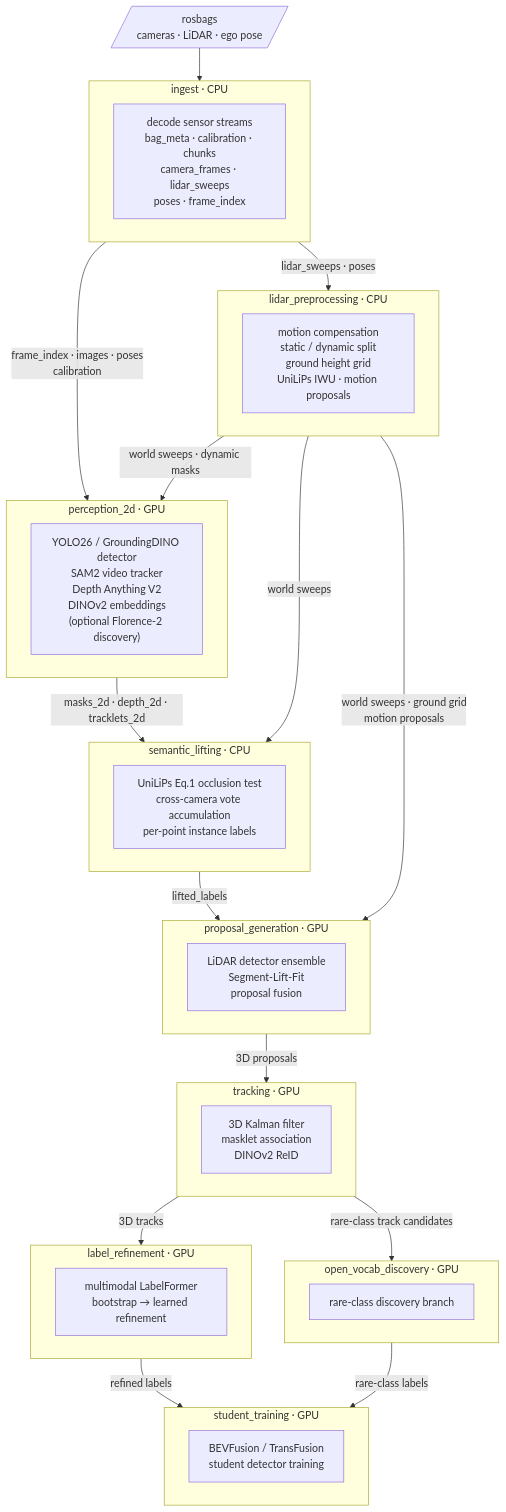
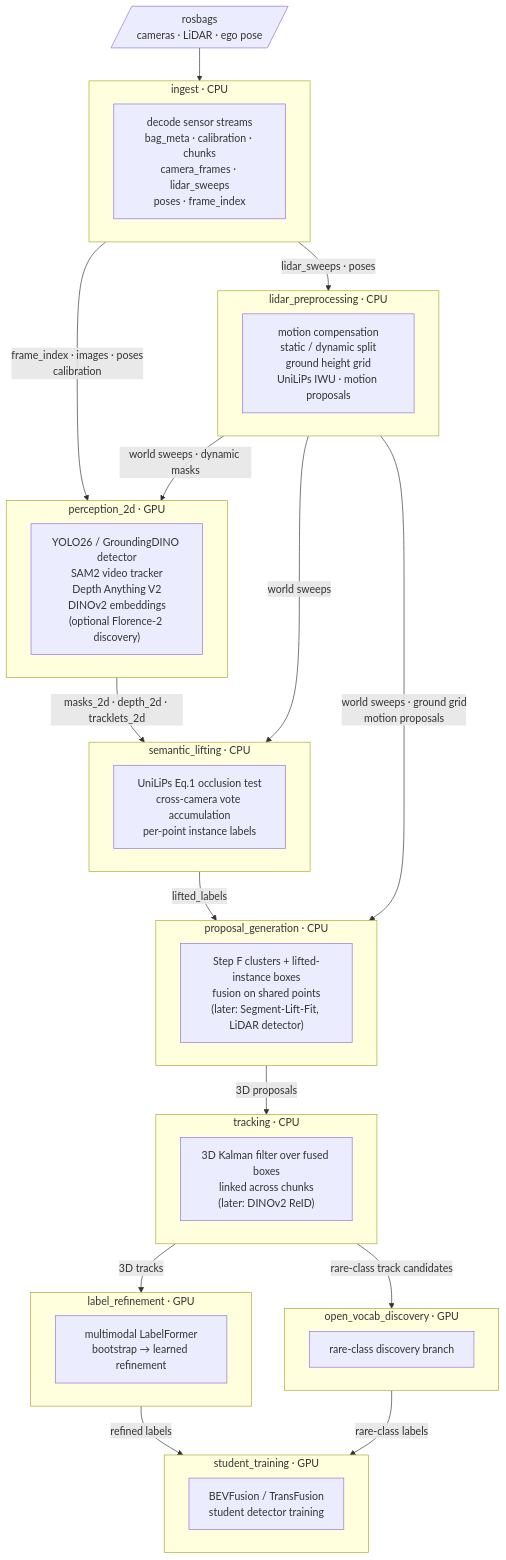
One commit to WATonomous/wato_world changed the diagram in README.md. Above: the diagram before and after it, drawn with Mermaid. The commit also changed other lines of this file and 208 other files, not shown here.

First line of the commit message:
Brian/proposal generation (#37)

````diff
--- a/README.md
+++ b/README.md
@@ -10,54 +10,54 @@
 ```mermaid
 flowchart TD
     BAG[/"rosbags\ncameras · LiDAR · ego pose"/]
 
     subgraph ingest["ingest  ·  CPU"]
         I["decode sensor streams\nbag_meta · calibration · chunks\ncamera_frames · lidar_sweeps\nposes · frame_index"]
     end
 
     subgraph lidar_prep["lidar_preprocessing  ·  CPU"]
         LP["motion compensation\nstatic / dynamic split\nground height grid\nUniLiPs IWU · motion proposals"]
     end
 
     subgraph perception_2d["perception_2d  ·  GPU"]
         P2["YOLO26 / GroundingDINO detector\nSAM2 video tracker\nDepth Anything V2\nDINOv2 embeddings\n(optional Florence-2 discovery)"]
     end
 
     subgraph semantic_lifting["semantic_lifting  ·  CPU"]
         SL["UniLiPs Eq.1 occlusion test\ncross-camera vote accumulation\nper-point instance labels"]
     end
 
-    subgraph proposal_gen["proposal_generation  ·  GPU"]
-        PG["LiDAR detector ensemble\nSegment-Lift-Fit\nproposal fusion"]
+    subgraph proposal_gen["proposal_generation  ·  CPU"]
+        PG["Step F clusters + lifted-instance boxes\nfusion on shared points\n(later: Segment-Lift-Fit, LiDAR detector)"]
     end
 
-    subgraph tracking["tracking  ·  GPU"]
-        TR["3D Kalman filter\nmasklet association\nDINOv2 ReID"]
+    subgraph tracking["tracking  ·  CPU"]
+        TR["3D Kalman filter over fused boxes\nlinked across chunks\n(later: DINOv2 ReID)"]
     end
 
     subgraph label_ref["label_refinement  ·  GPU"]
         LR["multimodal LabelFormer\nbootstrap → learned refinement"]
     end
 
     subgraph ovd["open_vocab_discovery  ·  GPU"]
         OV["rare-class discovery branch"]
     end
 
     subgraph student["student_training  ·  GPU"]
         ST["BEVFusion / TransFusion\nstudent detector training"]
     end
 
     BAG --> ingest
     ingest -- "frame_index · images · poses\ncalibration" --> perception_2d
     ingest -- "lidar_sweeps · poses" --> lidar_prep
     lidar_prep -- "world sweeps · dynamic masks" --> perception_2d
     lidar_prep -- "world sweeps" --> semantic_lifting
     perception_2d -- "masks_2d · depth_2d · tracklets_2d" --> semantic_lifting
     semantic_lifting -- "lifted_labels" --> proposal_gen
     lidar_prep -- "world sweeps · ground grid\nmotion proposals" --> proposal_gen
     proposal_gen -- "3D proposals" --> tracking
     tracking -- "3D tracks" --> label_ref
     tracking -- "rare-class track candidates" --> ovd
     label_ref -- "refined labels" --> student
     ovd -- "rare-class labels" --> student
 ```
````
